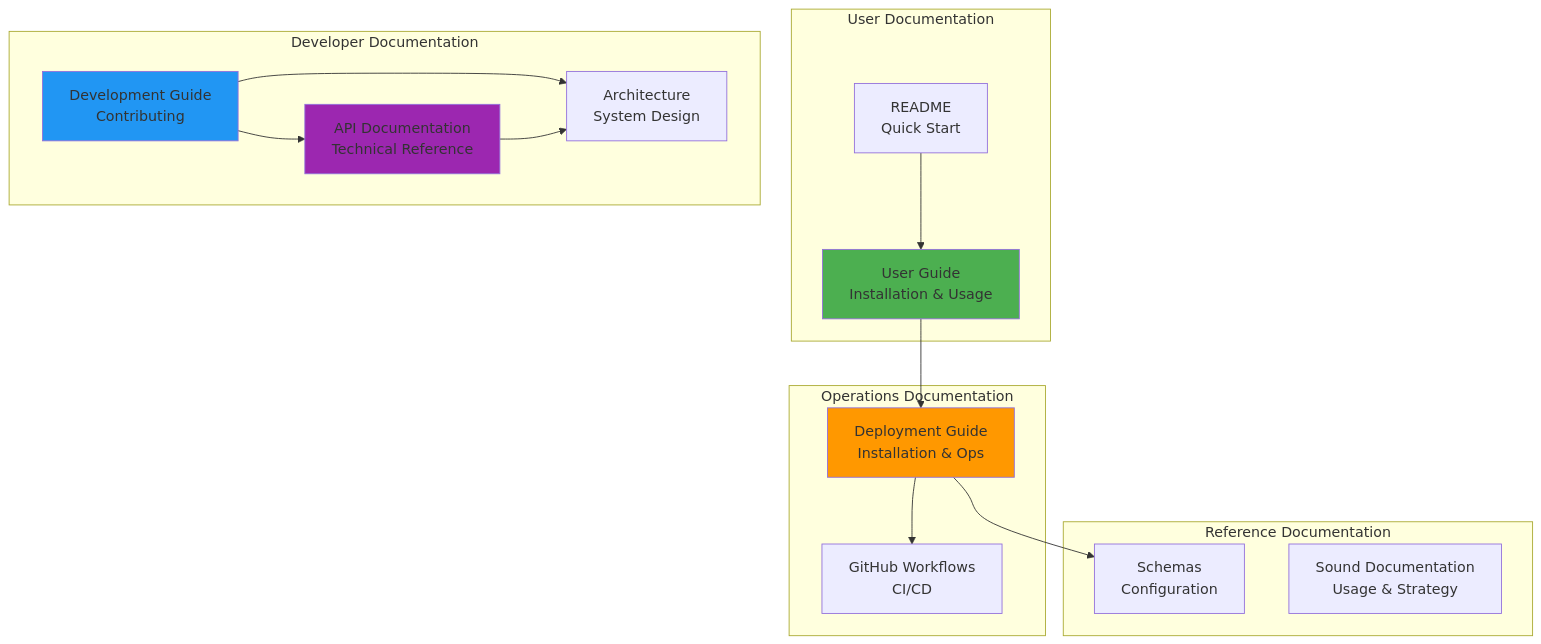
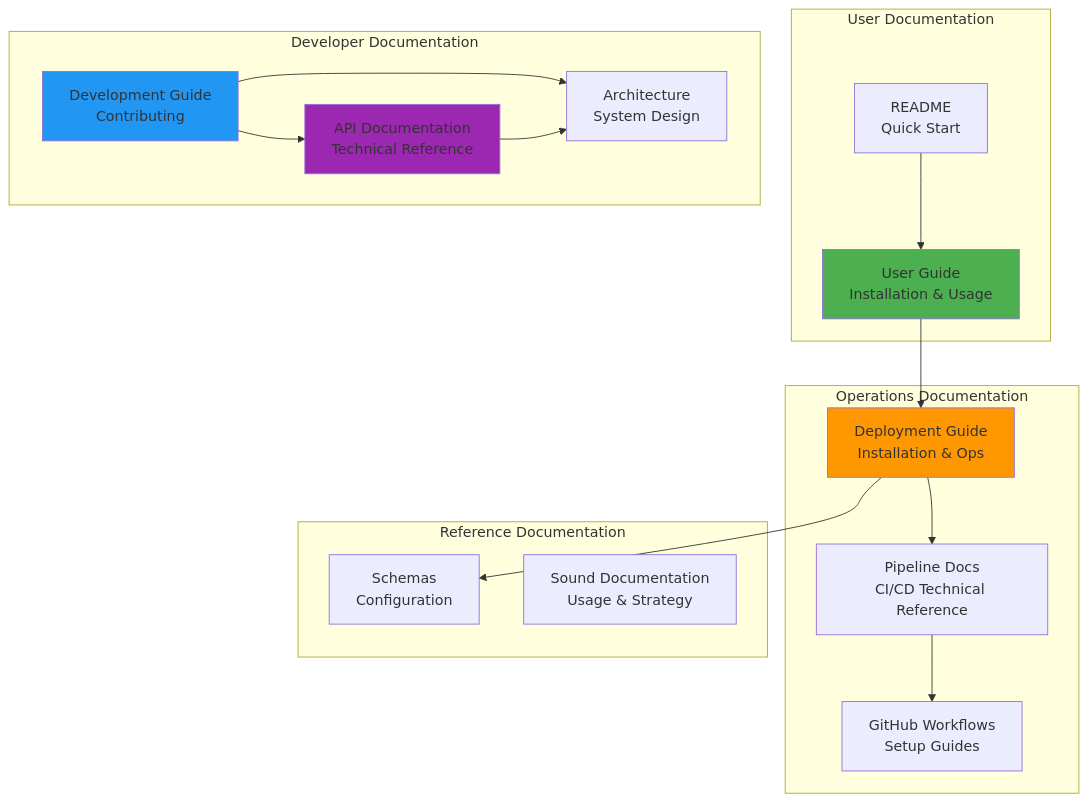
One commit to pantheon-org/opencode-warcraft-notifications changed the diagram in docs/README.md. Above: the diagram before and after it, drawn with Mermaid. The commit also changed other lines of this file and 2 other files, not shown here.

First line of the commit message:
docs: add comprehensive CI/CD pipeline documentation (#39)

````diff
--- a/docs/README.md
+++ b/docs/README.md
@@ -162,38 +182,40 @@
 ```mermaid
 graph TB
     subgraph "User Documentation"
         UG[User Guide<br/>Installation & Usage]
         README[README<br/>Quick Start]
     end
 
     subgraph "Developer Documentation"
         DEV[Development Guide<br/>Contributing]
         API[API Documentation<br/>Technical Reference]
         ARCH[Architecture<br/>System Design]
     end
 
     subgraph "Operations Documentation"
         DEPLOY[Deployment Guide<br/>Installation & Ops]
-        WORKFLOWS[GitHub Workflows<br/>CI/CD]
+        PIPELINE[Pipeline Docs<br/>CI/CD Technical Reference]
+        WORKFLOWS[GitHub Workflows<br/>Setup Guides]
     end
 
     subgraph "Reference Documentation"
         SCHEMAS[Schemas<br/>Configuration]
         SOUNDS[Sound Documentation<br/>Usage & Strategy]
     end
 
     README --> UG
     UG --> DEPLOY
 
     DEV --> API
     DEV --> ARCH
     API --> ARCH
 
-    DEPLOY --> WORKFLOWS
+    DEPLOY --> PIPELINE
+    PIPELINE --> WORKFLOWS
     DEPLOY --> SCHEMAS
 
     style UG fill:#4caf50
     style DEV fill:#2196f3
     style DEPLOY fill:#ff9800
     style API fill:#9c27b0
 ```
````
